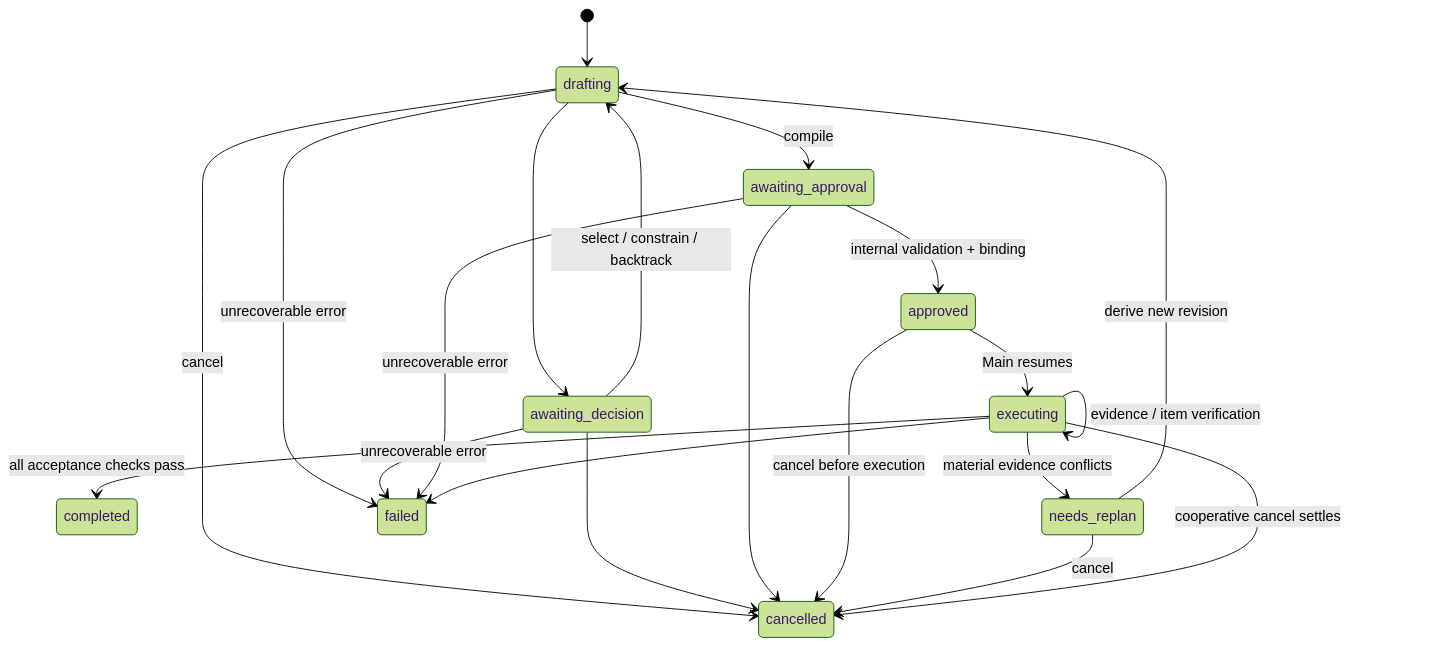
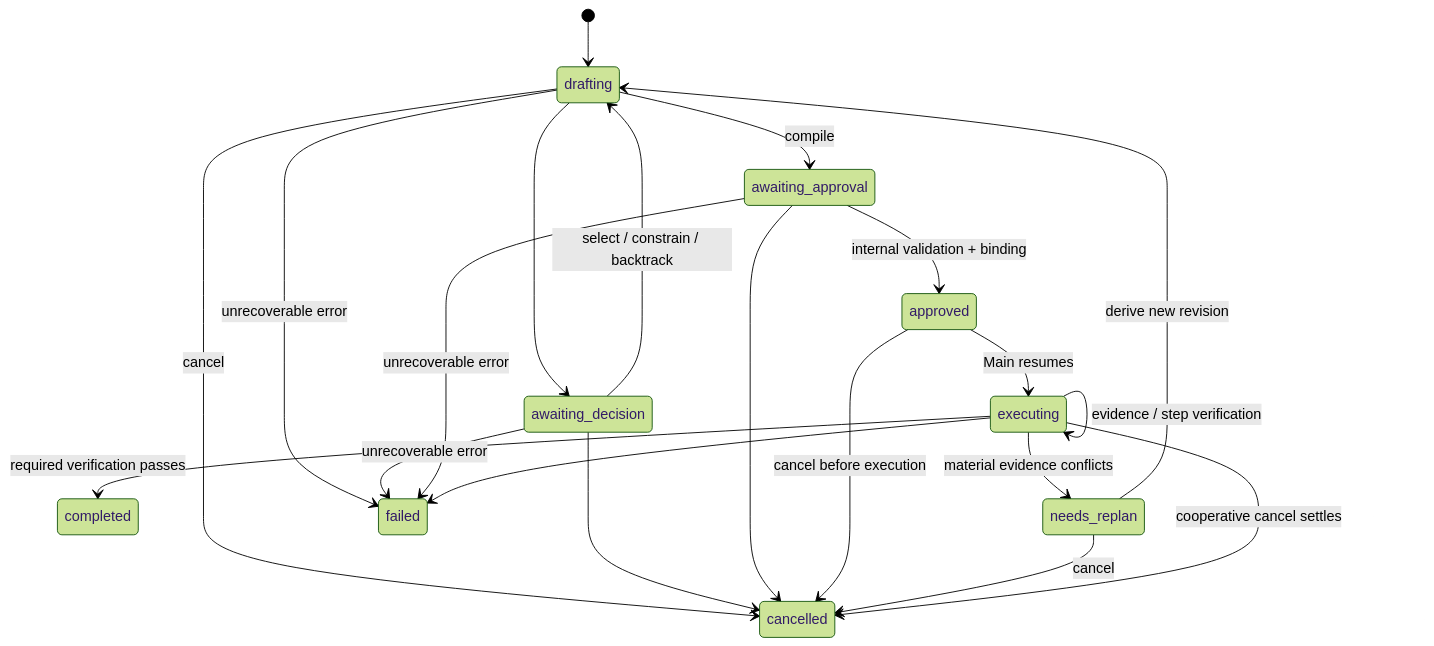
Before and after one commit to creativedswork/dscode: the second of 2 diagrams in openspec/changes/add-interactive-plan-mode/design.md, drawn with Mermaid (forest theme). The commit also changed other lines of this file and 169 other files, not shown here.

````diff
--- a/openspec/changes/add-interactive-plan-mode/design.md
+++ b/openspec/changes/add-interactive-plan-mode/design.md
@@ -193,23 +304,23 @@
 ```mermaid
 stateDiagram-v2
     [*] --> drafting
     drafting --> awaiting_decision
     awaiting_decision --> drafting: select / constrain / backtrack
     drafting --> awaiting_approval: compile
     awaiting_approval --> approved: internal validation + binding
     approved --> executing: Main resumes
-    executing --> completed: all acceptance checks pass
-    executing --> executing: evidence / item verification
+    executing --> completed: required verification passes
+    executing --> executing: evidence / step verification
     executing --> needs_replan: material evidence conflicts
     needs_replan --> drafting: derive new revision
     drafting --> cancelled: cancel
     awaiting_decision --> cancelled
     awaiting_approval --> cancelled
     approved --> cancelled: cancel before execution
     needs_replan --> cancelled: cancel
     executing --> cancelled: cooperative cancel settles
     drafting --> failed: unrecoverable error
     awaiting_decision --> failed: unrecoverable error
     awaiting_approval --> failed: unrecoverable error
     executing --> failed
 ```
````
